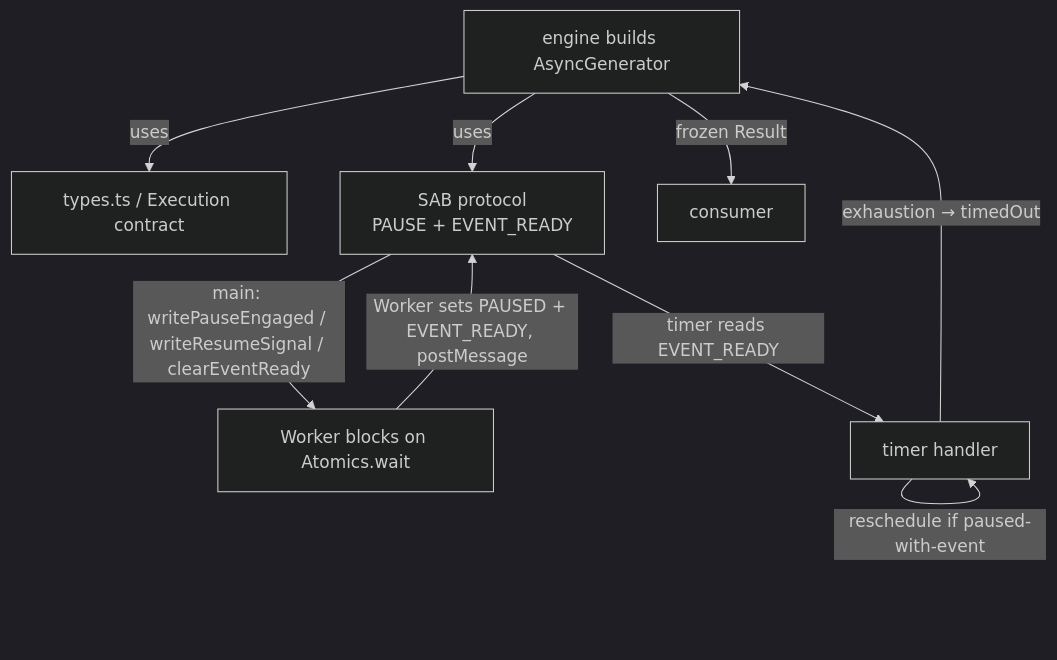
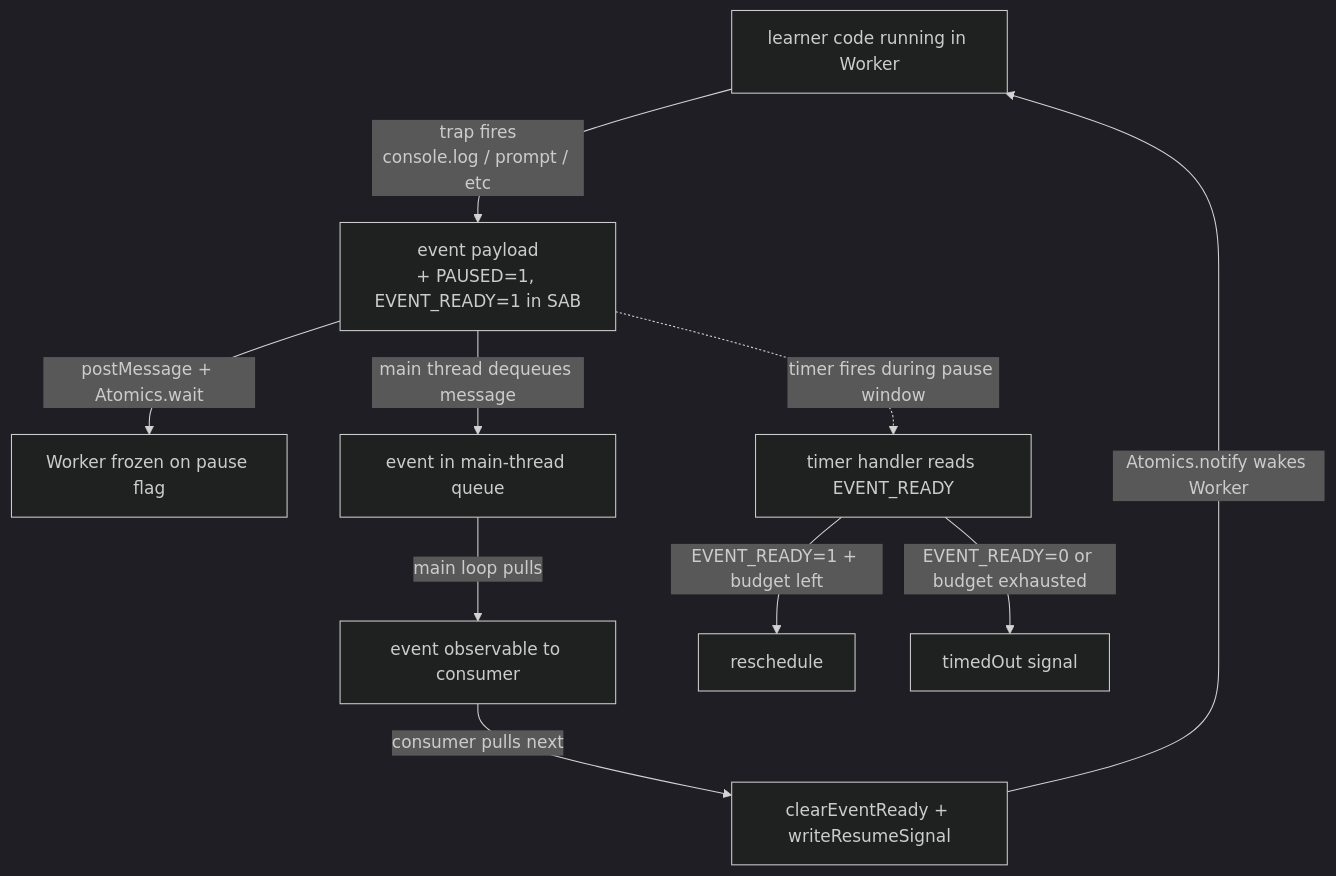
One commit to codeschoolinabox/curricula changed the diagram in src/lib/welcome-to-programming/just-enough/javascript/lib/evaluating/shared/DOCS.md. Above: the diagram before and after it, drawn with Mermaid (dark theme). The commit also changed other lines of this file and 5 other files, not shown here.

First line of the commit message:
docs: rewrite Mermaid diagrams as data flows (not import graphs)

````diff
--- a/src/lib/welcome-to-programming/just-enough/javascript/lib/evaluating/shared/DOCS.md
+++ b/src/lib/welcome-to-programming/just-enough/javascript/lib/evaluating/shared/DOCS.md
@@ -10,11 +12,12 @@
 ```mermaid
 flowchart TD
-    A[engine builds AsyncGenerator] -->|uses| T[types.ts / Execution contract]
-    A -->|uses| S[SAB protocol<br/>PAUSE + EVENT_READY]
-    S -->|main: writePauseEngaged / writeResumeSignal / clearEventReady| W[Worker blocks on Atomics.wait]
-    W -->|Worker sets PAUSED + EVENT_READY, postMessage| S
-    S -->|timer reads EVENT_READY| TG[timer handler]
-    TG -->|reschedule if paused-with-event| TG
-    TG -->|exhaustion → timedOut| A
-    A -->|frozen Result| C[consumer]
+    A[learner code running in Worker] -->|trap fires<br/>console.log / prompt / etc| B[event payload<br/>+ PAUSED=1, EVENT_READY=1 in SAB]
+    B -->|postMessage + Atomics.wait| C[Worker frozen on pause flag]
+    B -->|main thread dequeues message| D[event in main-thread queue]
+    D -->|main loop pulls| E[event observable to consumer]
+    E -->|consumer pulls next| F[clearEventReady + writeResumeSignal]
+    F -->|Atomics.notify wakes Worker| A
+    B -.->|timer fires during pause window| G[timer handler reads EVENT_READY]
+    G -->|EVENT_READY=1 + budget left| G2[reschedule]
+    G -->|EVENT_READY=0 or budget exhausted| H[timedOut signal]
 ```
````
